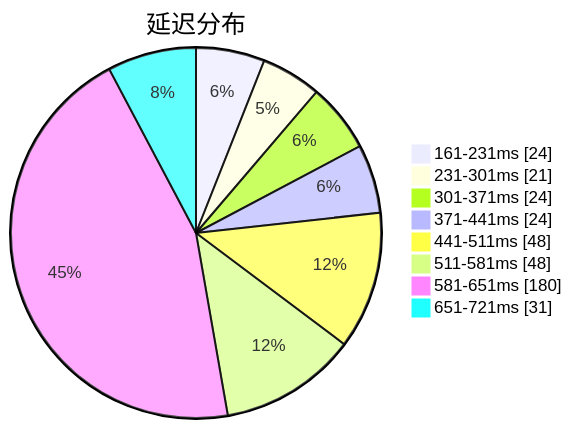
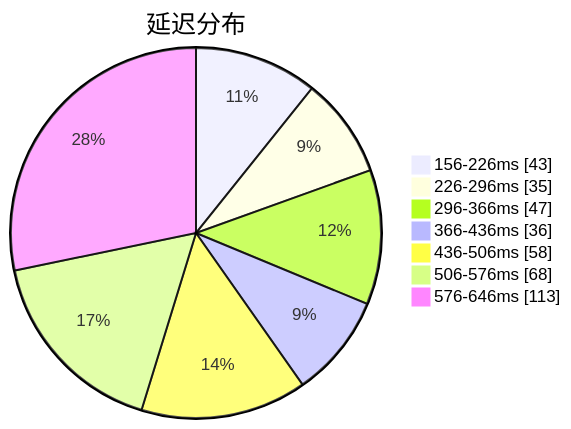
One commit to qjlxg/airport changed the first of 3 diagrams in subs/statistics/tested_within.md. Above: the diagram before and after it, drawn with Mermaid. The commit also changed other lines of this file and 2 other files, not shown here.

````diff
--- a/subs/statistics/tested_within.md
+++ b/subs/statistics/tested_within.md
@@ -2,12 +2,11 @@
 ```mermaid
 pie showData
 title 延迟分布
-"161-231ms" : 24
-"231-301ms" : 21
-"301-371ms" : 24
-"371-441ms" : 24
-"441-511ms" : 48
-"511-581ms" : 48
-"581-651ms" : 180
-"651-721ms" : 31
+"156-226ms" : 43
+"226-296ms" : 35
+"296-366ms" : 47
+"366-436ms" : 36
+"436-506ms" : 58
+"506-576ms" : 68
+"576-646ms" : 113
 ```
````
